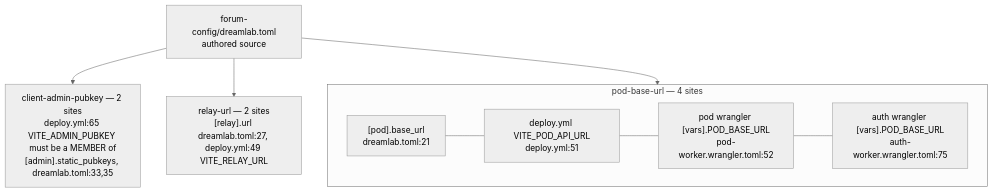
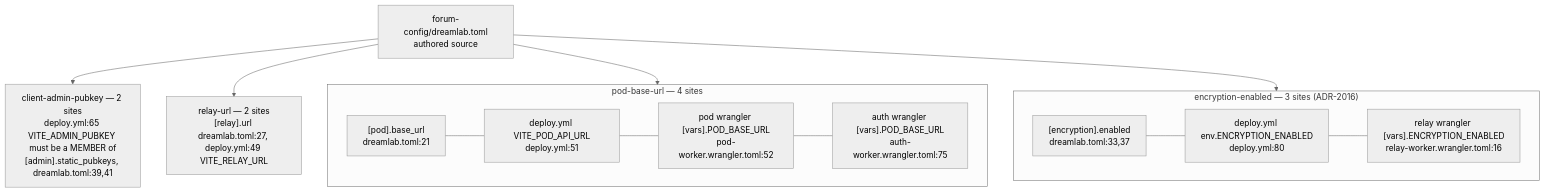
One commit to DreamLab-AI/VisionFlow changed the fifth of 10 diagrams in docs/diagrams/dreamlab-ai-website/03-forum-config-overlay-zones-admin-kv-sync.md. Above: the diagram before and after it, drawn with Mermaid (neutral theme). The commit also changed other lines of this file and 136 other files, not shown here.

First line of the commit message:
docs(diagrams): refresh the whole corpus to code HEAD and prune low-value diagrams

````diff
--- a/docs/diagrams/dreamlab-ai-website/03-forum-config-overlay-zones-admin-kv-sync.md
+++ b/docs/diagrams/dreamlab-ai-website/03-forum-config-overlay-zones-admin-kv-sync.md
@@ -121,10 +114,15 @@
 ```mermaid
 flowchart TB
     T["forum-config/dreamlab.toml<br/>authored source"] --> M4
     subgraph M4["pod-base-url — 4 sites"]
         direction LR
         P1["[pod].base_url<br/>dreamlab.toml:21"] --- P2["deploy.yml VITE_POD_API_URL<br/>deploy.yml:51"] --- P3["pod wrangler [vars].POD_BASE_URL<br/>pod-worker.wrangler.toml:52"] --- P4["auth wrangler [vars].POD_BASE_URL<br/>auth-worker.wrangler.toml:75"]
     end
-    T --> M5["client-admin-pubkey — 2 sites<br/>deploy.yml:65 VITE_ADMIN_PUBKEY must be a MEMBER of<br/>[admin].static_pubkeys, dreamlab.toml:33,35"]
+    T --> M5["client-admin-pubkey — 2 sites<br/>deploy.yml:65 VITE_ADMIN_PUBKEY must be a MEMBER of<br/>[admin].static_pubkeys, dreamlab.toml:39,41"]
     T --> M6["relay-url — 2 sites<br/>[relay].url dreamlab.toml:27, deploy.yml:49 VITE_RELAY_URL"]
+    T --> M7
+    subgraph M7["encryption-enabled — 3 sites (ADR-2016)"]
+        direction LR
+        E1["[encryption].enabled<br/>dreamlab.toml:33,37"] --- E2["deploy.yml env.ENCRYPTION_ENABLED<br/>deploy.yml:80"] --- E3["relay wrangler [vars].ENCRYPTION_ENABLED<br/>relay-worker.wrangler.toml:16"]
+    end
 ```
````
